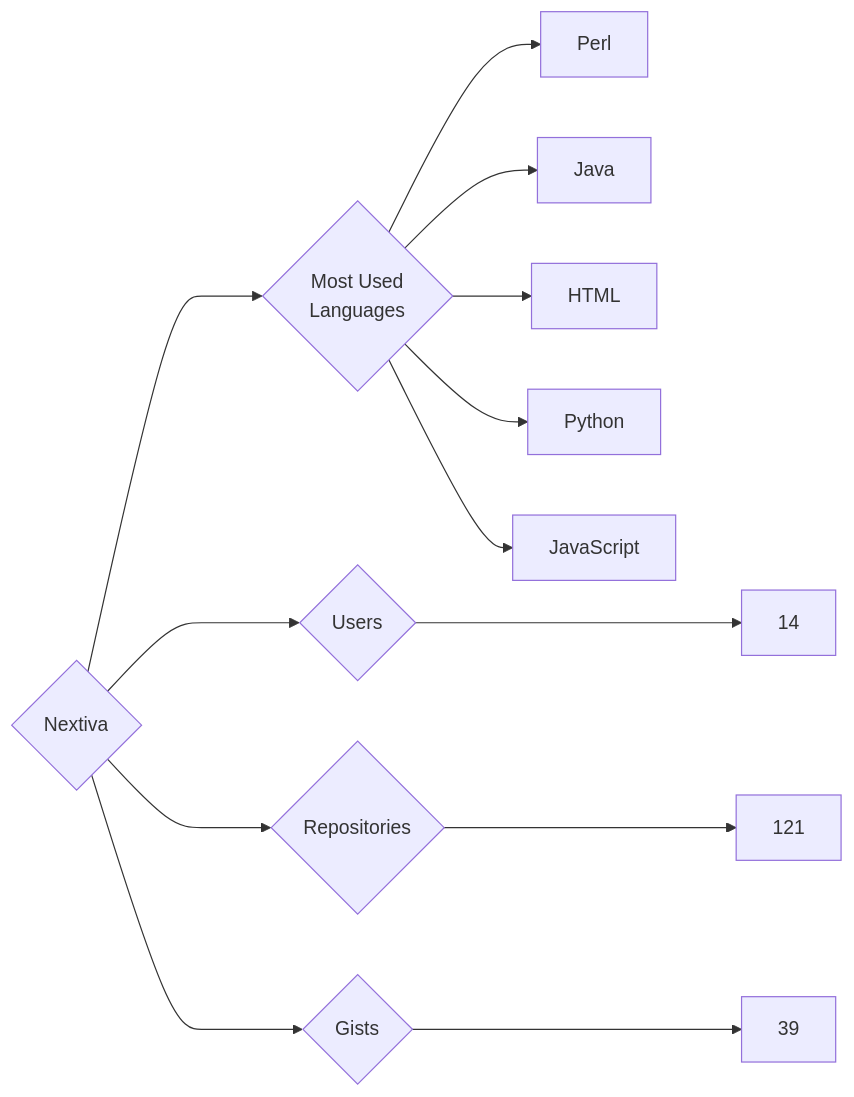
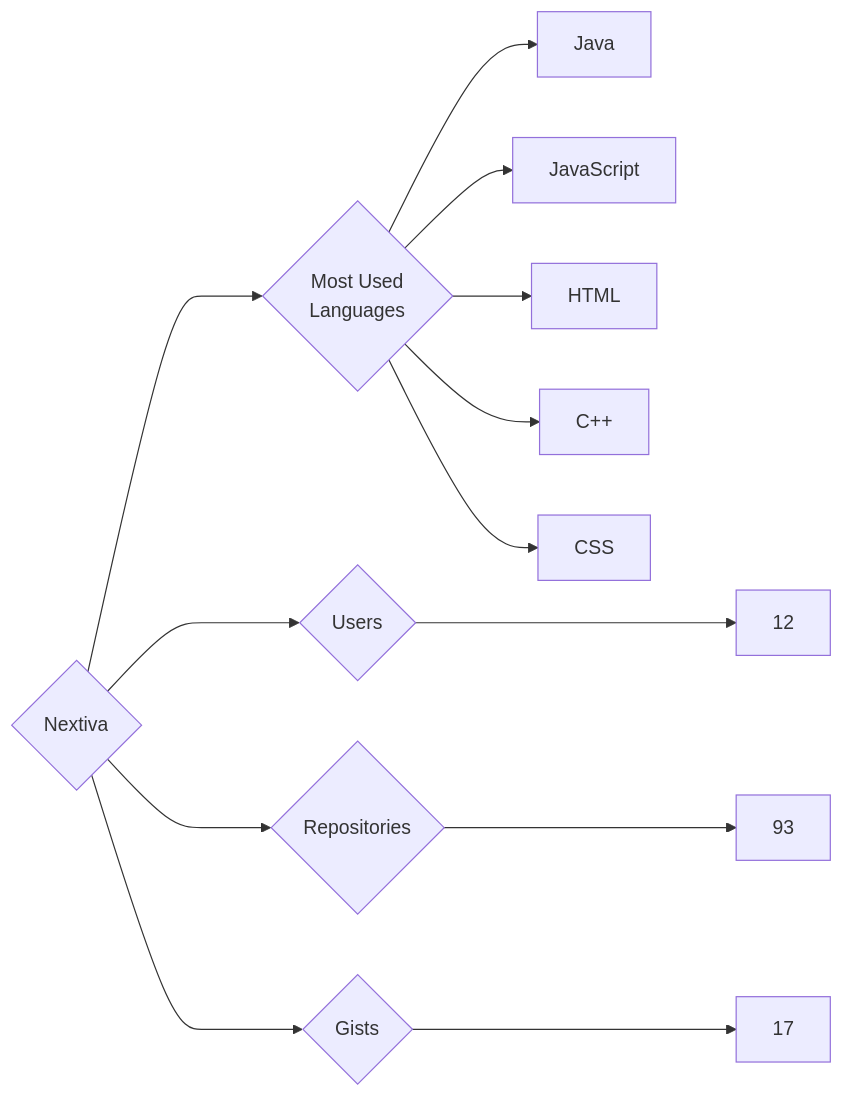
The diagram in targets/Nextiva/README.md (trickest/insiders), drawn with Mermaid before and after one commit. The commit also changed 1508 other files, not shown here.

````diff
--- a/targets/Nextiva/README.md
+++ b/targets/Nextiva/README.md
@@ -3,13 +3,13 @@
 ```mermaid
 graph LR
 COMPANY_NAME{Nextiva}
-COMPANY_NAME ---> U{Users} ---> UN[14]
-COMPANY_NAME ---> R{Repositories} ---> RN[121]
-COMPANY_NAME ---> G{Gists} ---> GN[39]
+COMPANY_NAME ---> U{Users} ---> UN[12]
+COMPANY_NAME ---> R{Repositories} ---> RN[93]
+COMPANY_NAME ---> G{Gists} ---> GN[17]
 COMPANY_NAME ---> ML{Most Used<br>Languages}
-ML --> Perl[Perl]
 ML --> Java[Java]
+ML --> JavaScript[JavaScript]
 ML --> HTML[HTML]
-ML --> Python[Python]
-ML --> JavaScript[JavaScript]
+ML --> C++[C++]
+ML --> CSS[CSS]
 ```
````
